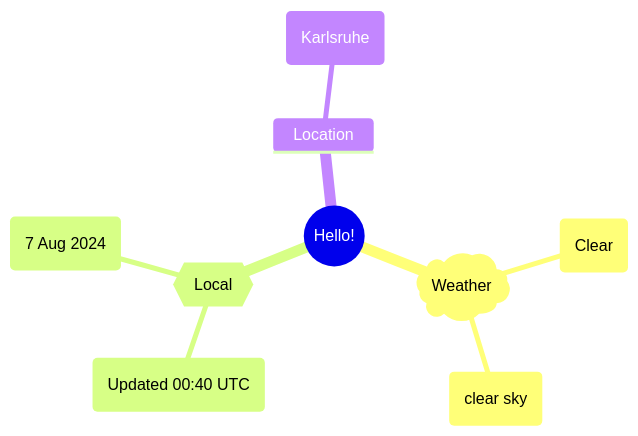
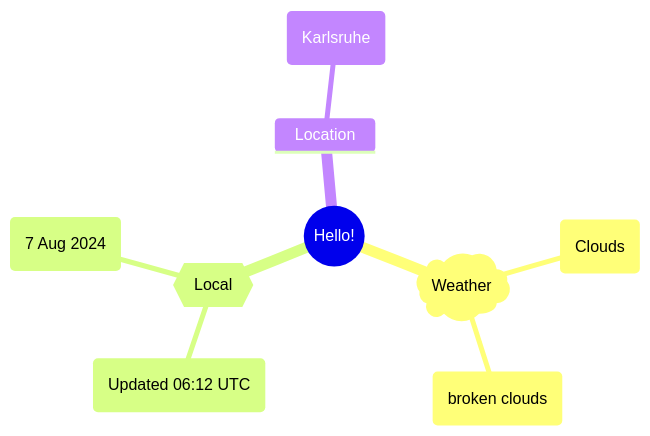
One commit to Xosrov/Xosrov changed the first of 2 diagrams in README.md. Above: the diagram before and after it, drawn with Mermaid.

Commit message:
[bot] updated images

````diff
--- a/README.md
+++ b/README.md
@@ -3,12 +3,12 @@
 ```mermaid
 mindmap
   root((Hello!))
     )Weather(
-        (Clear)
-        (clear sky)
+        (Clouds)
+        (broken clouds)
     {{Local}}
-        (Updated 00:40 UTC)
+        (Updated 06:12 UTC)
         (7 Aug 2024)
     Location
         (Karlsruhe)
 ```
````
